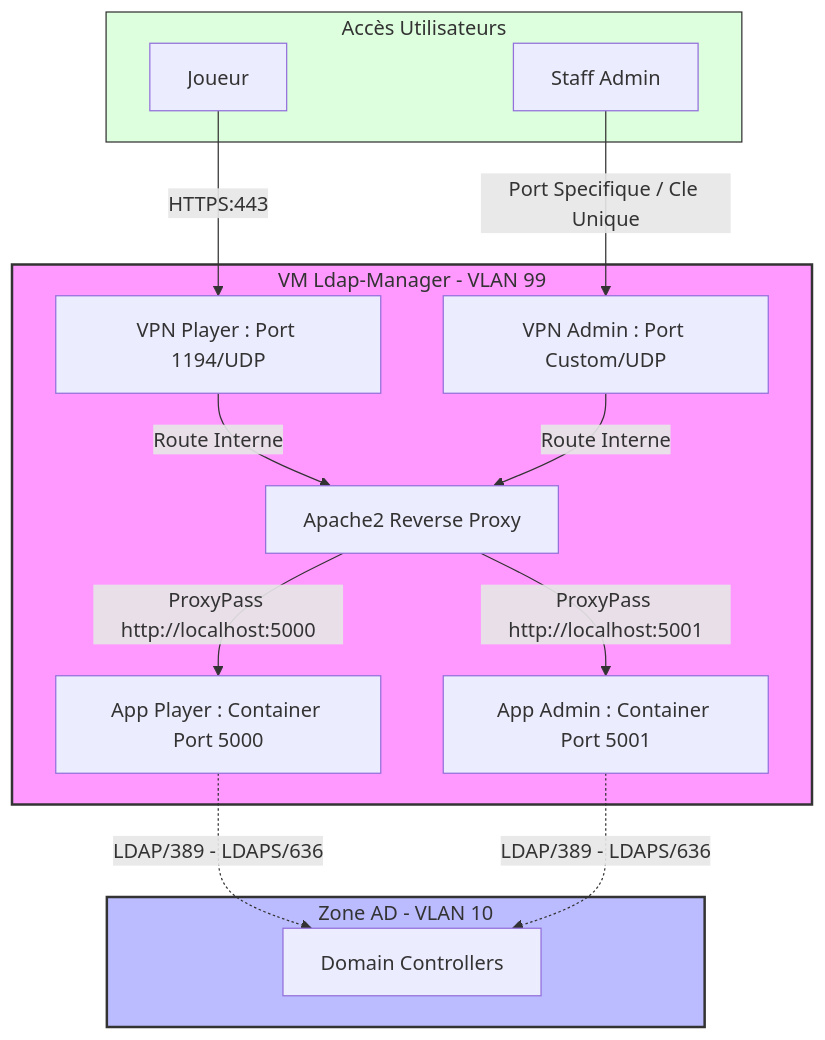
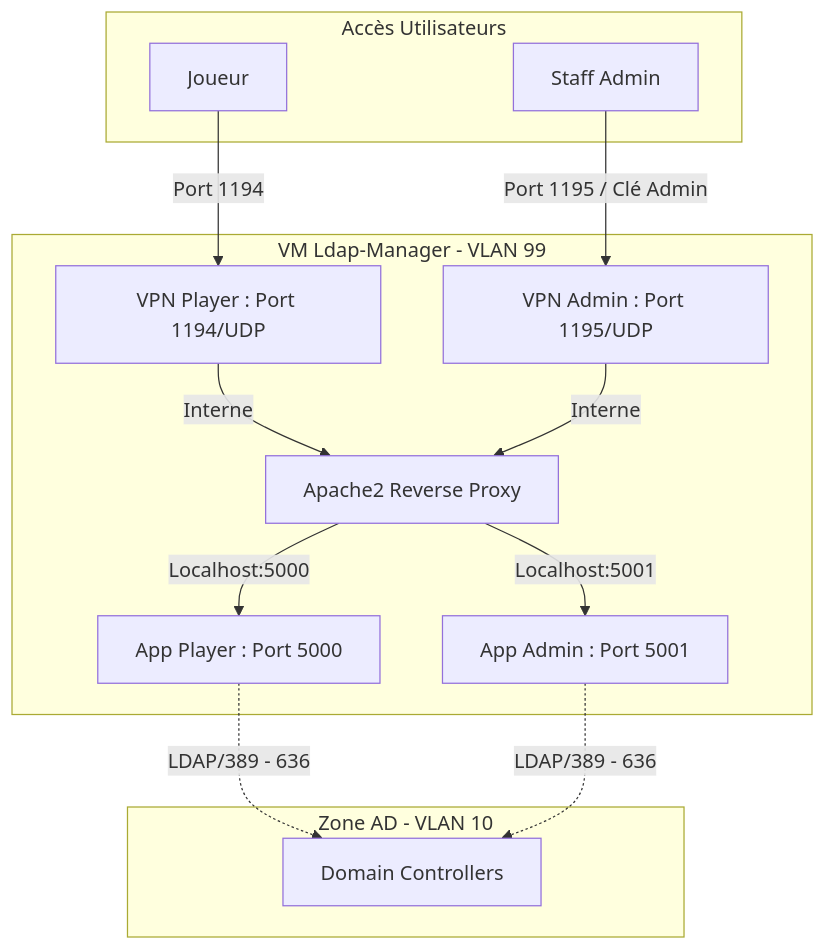
Before and after one commit to hugocnvs/TSP-NET8553-GRP3-Trafic-Video: the diagram in README.md, drawn with Mermaid.

````diff
--- a/README.md
+++ b/README.md
@@ -142,41 +142,36 @@
 ```mermaid
 graph TD
     subgraph Accès_Distant [Accès Utilisateurs]
         Joueur[Joueur]
         Staff[Staff Admin]
     end
 
     subgraph VLAN_99 [VM Ldap-Manager - VLAN 99]
         VPN_P[VPN Player : Port 1194/UDP]
-        VPN_A[VPN Admin : Port Custom/UDP]
+        VPN_A[VPN Admin : Port 1195/UDP]
         
         Proxy[Apache2 Reverse Proxy]
         
-        Docker_Player[App Player : Container Port 5000]
-        Docker_Admin[App Admin : Container Port 5001]
+        Docker_Player[App Player : Port 5000]
+        Docker_Admin[App Admin : Port 5001]
     end
 
     subgraph VLAN_10 [Zone AD - VLAN 10]
         AD[Domain Controllers]
     end
 
     %% Flux Entrants
-    Joueur -->|HTTPS:443| VPN_P
-    Staff -->|Port Specifique / Cle Unique| VPN_A
+    Joueur -->|Port 1194| VPN_P
+    Staff -->|Port 1195 / Clé Admin| VPN_A
     
-    VPN_P -->|Route Interne| Proxy
-    VPN_A -->|Route Interne| Proxy
+    VPN_P -->|Interne| Proxy
+    VPN_A -->|Interne| Proxy
     
     %% Proxy vers Containers
-    Proxy -->|ProxyPass http://localhost:5000| Docker_Player
-    Proxy -->|ProxyPass http://localhost:5001| Docker_Admin
+    Proxy -->|Localhost:5000| Docker_Player
+    Proxy -->|Localhost:5001| Docker_Admin
     
     %% Flux Sortants
-    Docker_Player -.->|LDAP/389 - LDAPS/636| AD
-    Docker_Admin -.->|LDAP/389 - LDAPS/636| AD
-    
-    %% Styles
-    style VLAN_99 fill:#f9f,stroke:#333,stroke-width:2px
-    style VLAN_10 fill:#bbf,stroke:#333,stroke-width:2px
-    style Accès_Distant fill:#dfd,stroke:#333,stroke-width:1px
+    Docker_Player -.->|LDAP/389 - 636| AD
+    Docker_Admin -.->|LDAP/389 - 636| AD
 ```
````
